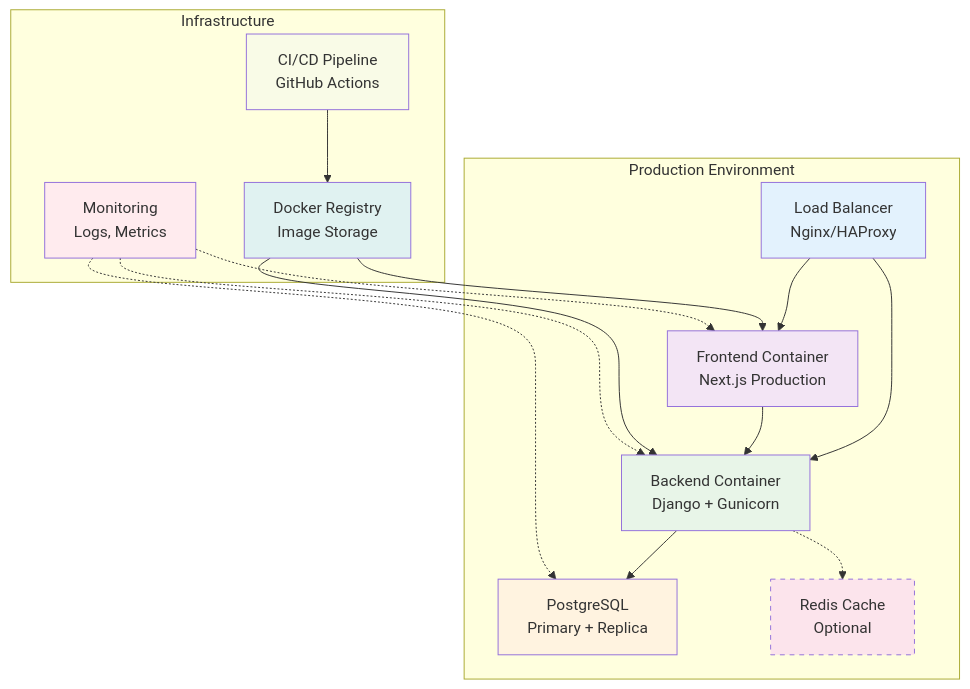
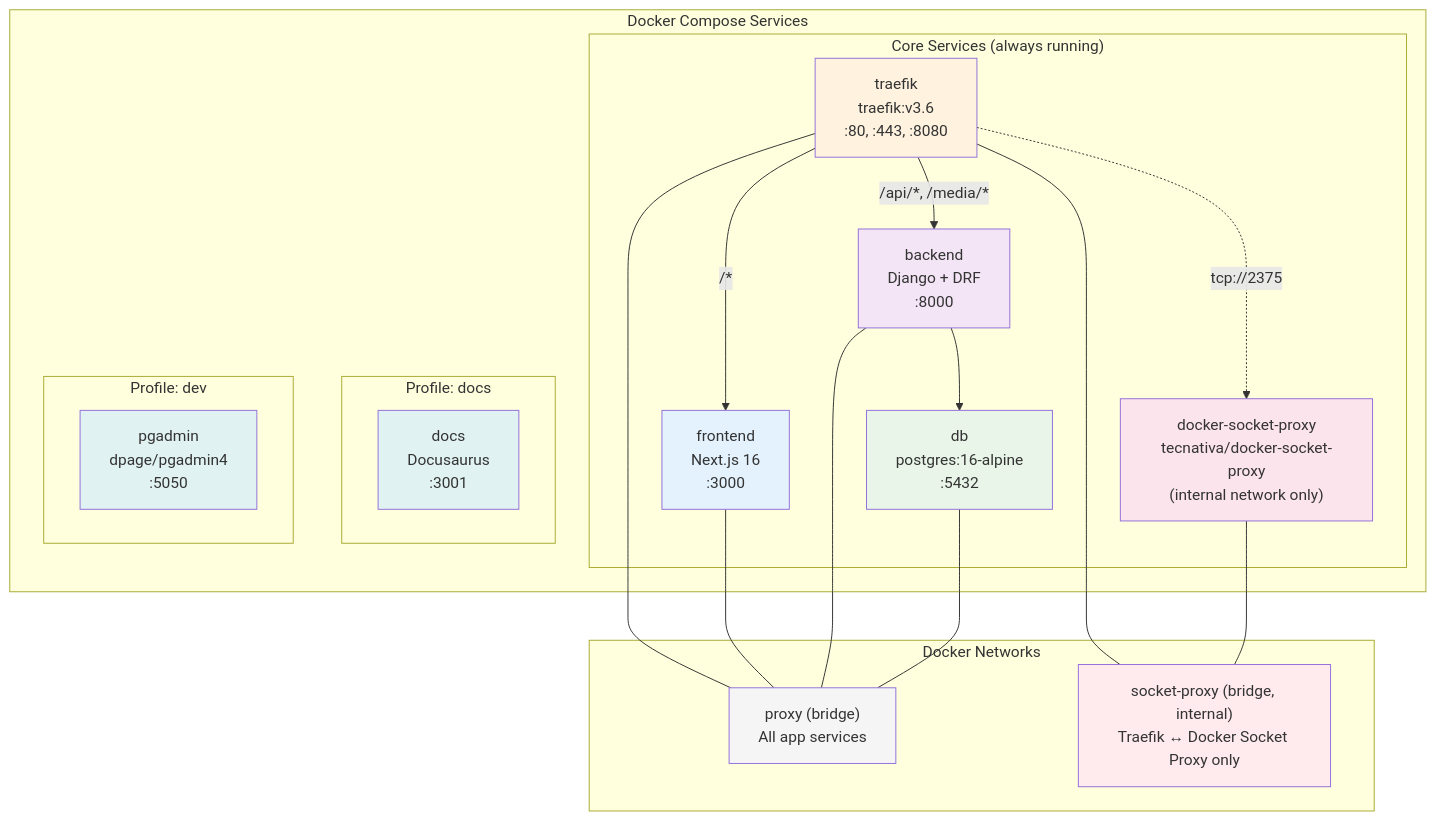
The tenth of 10 diagrams in docs/docs/architecture.md (maxi3390/happydogs-calendar), drawn with Mermaid before and after one commit. The commit also changed other lines of this file and 42 other files, not shown here.

````diff
--- a/docs/docs/architecture.md
+++ b/docs/docs/architecture.md
@@ -361,39 +557,47 @@
 ```mermaid
 graph TB
-    subgraph "Production Environment"
-        LoadBalancer[Load Balancer<br/>Nginx/HAProxy]
-        FrontendContainer[Frontend Container<br/>Next.js Production]
-        BackendContainer[Backend Container<br/>Django + Gunicorn]
-        Database[PostgreSQL<br/>Primary + Replica]
-        Cache[Redis Cache<br/>Optional]
+    subgraph "Docker Compose Services"
+        subgraph "Core Services (always running)"
+            DB["db<br/>postgres:16-alpine<br/>:5432"]
+            Backend["backend<br/>Django + DRF<br/>:8000"]
+            Frontend["frontend<br/>Next.js 16<br/>:3000"]
+            Traefik["traefik<br/>traefik:v3.6<br/>:80, :443, :8080"]
+            SocketProxy["docker-socket-proxy<br/>tecnativa/docker-socket-proxy<br/>(internal network only)"]
+        end
+
+        subgraph "Profile: docs"
+            Docs["docs<br/>Docusaurus<br/>:3001"]
+        end
+
+        subgraph "Profile: dev"
+            PgAdmin["pgadmin<br/>dpage/pgadmin4<br/>:5050"]
+        end
     end
 
-    subgraph "Infrastructure"
-        DockerRegistry[Docker Registry<br/>Image Storage]
-        CI_CD[CI/CD Pipeline<br/>GitHub Actions]
-        Monitoring[Monitoring<br/>Logs, Metrics]
+    subgraph "Docker Networks"
+        ProxyNet["proxy (bridge)<br/>All app services"]
+        SocketNet["socket-proxy (bridge, internal)<br/>Traefik ↔ Docker Socket Proxy only"]
     end
 
-    LoadBalancer --> FrontendContainer
-    LoadBalancer --> BackendContainer
-    FrontendContainer --> BackendContainer
-    BackendContainer --> Database
-    BackendContainer -.-> Cache
+    Traefik -->|"/api/*, /media/*"| Backend
+    Traefik -->|"/*"| Frontend
+    Backend --> DB
+    Traefik -.->|"tcp://2375"| SocketProxy
 
-    CI_CD --> DockerRegistry
-    DockerRegistry --> FrontendContainer
-    DockerRegistry --> BackendContainer
+    Traefik --- ProxyNet
+    Frontend --- ProxyNet
+    Backend --- ProxyNet
+    DB --- ProxyNet
+    Traefik --- SocketNet
+    SocketProxy --- SocketNet
 
-    Monitoring -.-> FrontendContainer
-    Monitoring -.-> BackendContainer
-    Monitoring -.-> Database
-
-    style LoadBalancer fill:#e3f2fd
-    style FrontendContainer fill:#f3e5f5
-    style BackendContainer fill:#e8f5e8
-    style Database fill:#fff3e0
-    style Cache fill:#fce4ec,stroke-dasharray: 5 5
-    style DockerRegistry fill:#e0f2f1
-    style CI_CD fill:#f9fbe7
-    style Monitoring fill:#ffebee
+    style DB fill:#e8f5e8
+    style Backend fill:#f3e5f5
+    style Frontend fill:#e3f2fd
+    style Traefik fill:#fff3e0
+    style SocketProxy fill:#fce4ec
+    style Docs fill:#e0f2f1
+    style PgAdmin fill:#e0f2f1
+    style ProxyNet fill:#f5f5f5
+    style SocketNet fill:#ffebee
 ```
````
